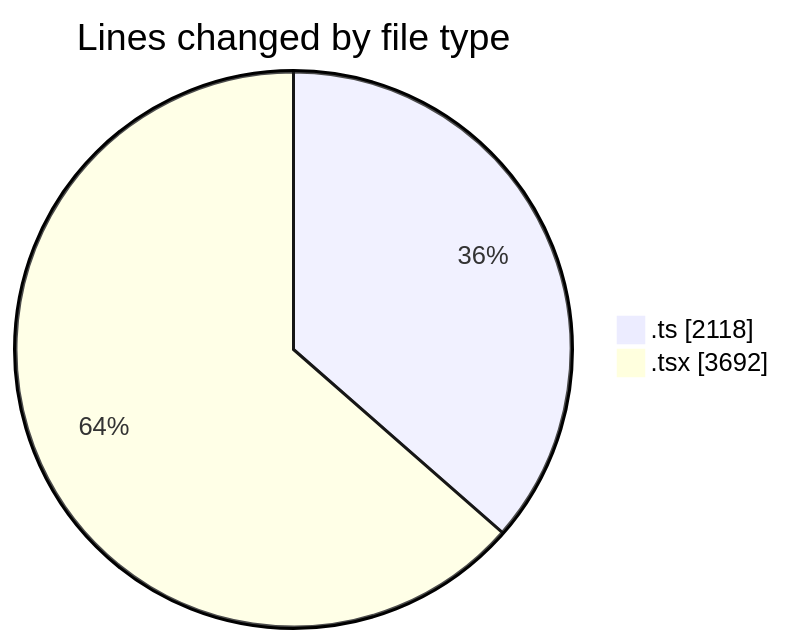
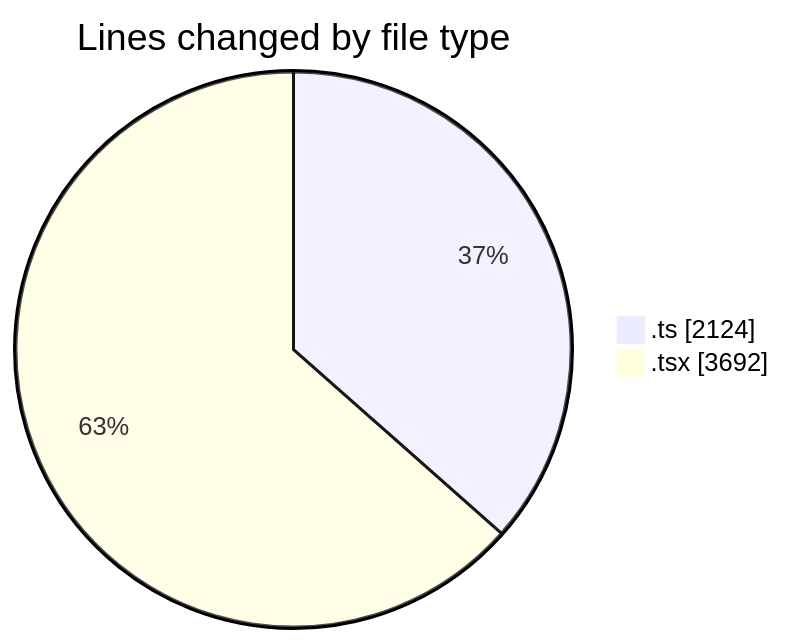
The first of 2 diagrams in 2026-05-04/nxtqube_webapp/README.md (nxtqubesakshisongat/code-tracking), drawn with Mermaid before and after one commit. The commit also changed other lines of this file and 1 other file, not shown here.

````diff
--- a/2026-05-04/nxtqube_webapp/README.md
+++ b/2026-05-04/nxtqube_webapp/README.md
@@ -30,6 +30,6 @@
 ```mermaid
 pie showData
 title Lines changed by file type
-".ts" : 2118
+".ts" : 2124
 ".tsx" : 3692
 ```
````
